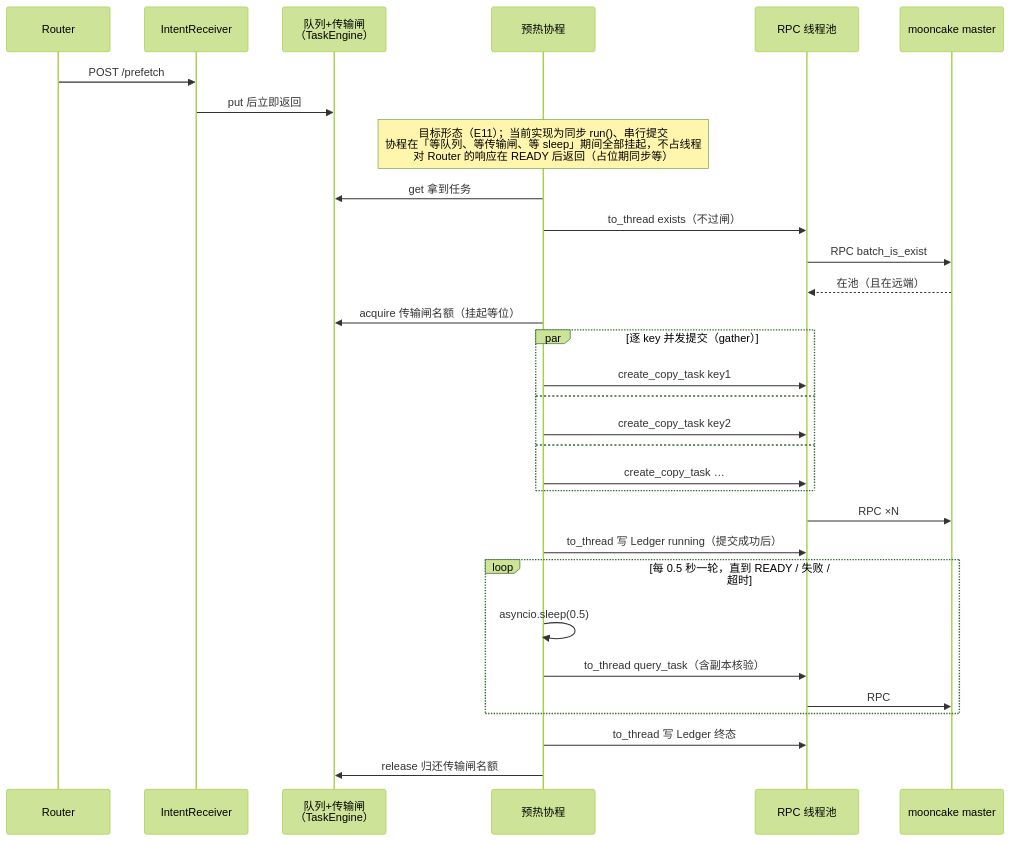
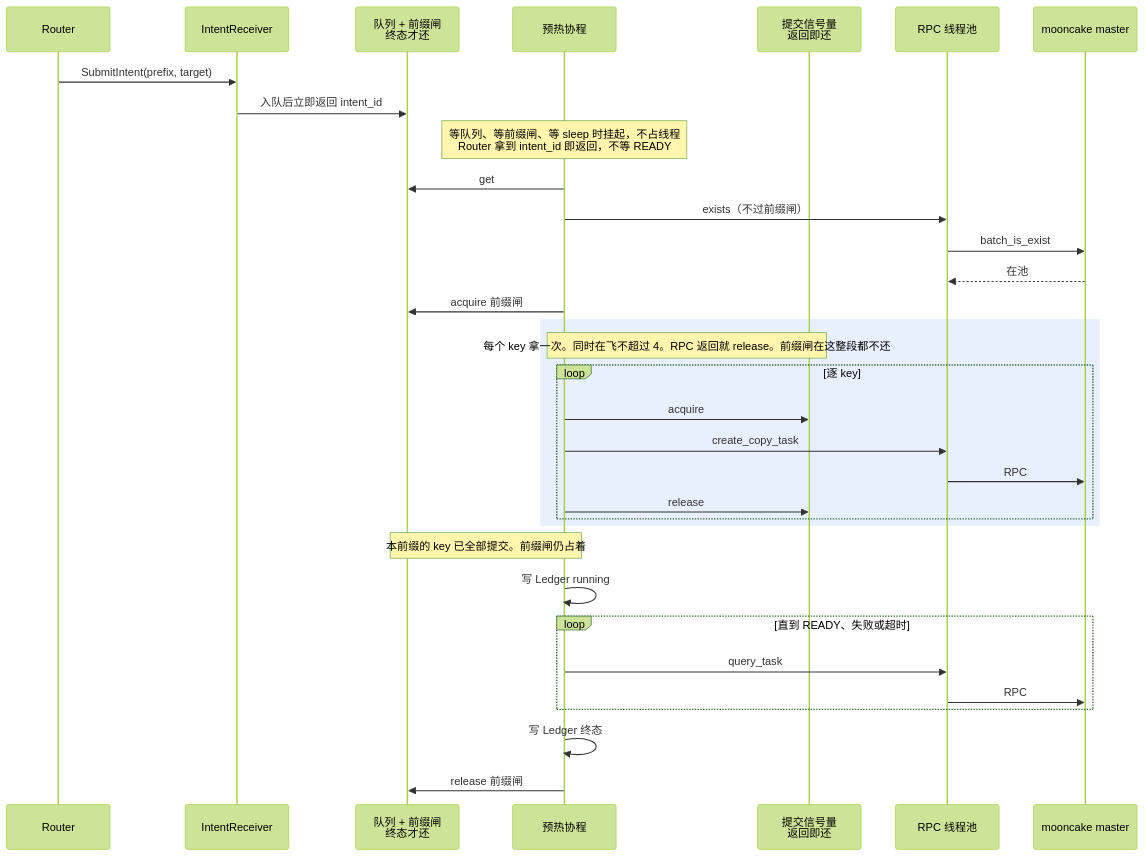
Before and after one commit to 5x8-40/lake: the seventh of 7 diagrams in kvcm/design/code-architecture.md, drawn with Mermaid (forest theme). The commit also changed other lines of this file and 29 other files, not shown here.

First line of the commit message:
feat(kvcm): E11 进程化 + E12 gRPC intent 通道——全协程执行模型 (#70)

````diff
--- a/kvcm/design/code-architecture.md
+++ b/kvcm/design/code-architecture.md
@@ -440,34 +441,36 @@
 ```mermaid
 sequenceDiagram
     participant R as Router
     participant Recv as IntentReceiver
-    participant Q as 队列+传输闸<br/>（TaskEngine）
+    participant Q as 队列 + 前缀闸<br/>终态才还
     participant W as 预热协程
+    participant S as 提交信号量<br/>返回即还
     participant Ex as RPC 线程池
     participant M as mooncake master
 
-    R->>Recv: POST /prefetch
-    Recv->>Q: put 后立即返回
-    Note over W: 目标形态（E11）；当前实现为同步 run()、串行提交<br/>协程在「等队列、等传输闸、等 sleep」期间全部挂起，不占线程<br/>对 Router 的响应在 READY 后返回（占位期同步等）
-    W->>Q: get 拿到任务
-    W->>Ex: to_thread exists（不过闸）
-    Ex->>M: RPC batch_is_exist
-    M-->>Ex: 在池（且在远端）
-    W->>Q: acquire 传输闸名额（挂起等位）
-    par 逐 key 并发提交（gather）
-        W->>Ex: create_copy_task key1
-    and
-        W->>Ex: create_copy_task key2
-    and
-        W->>Ex: create_copy_task …
+    R->>Recv: SubmitIntent(prefix, target)
+    Recv->>Q: 入队后立即返回 intent_id
+    Note over W: 等队列、等前缀闸、等 sleep 时挂起，不占线程<br/>Router 拿到 intent_id 即返回，不等 READY
+    W->>Q: get
+    W->>Ex: exists（不过前缀闸）
+    Ex->>M: batch_is_exist
+    M-->>Ex: 在池
+    W->>Q: acquire 前缀闸
+    rect rgb(232, 240, 254)
+        Note over W,S: 每个 key 拿一次。同时在飞不超过 4。RPC 返回就 release。前缀闸在这整段都不还
+        loop 逐 key
+            W->>S: acquire
+            W->>Ex: create_copy_task
+            Ex->>M: RPC
+            W->>S: release
+        end
     end
-    Ex->>M: RPC ×N
-    W->>Ex: to_thread 写 Ledger running（提交成功后）
-    loop 每 0.5 秒一轮，直到 READY / 失败 / 超时
-        W->>W: asyncio.sleep(0.5)
-        W->>Ex: to_thread query_task（含副本核验）
+    Note over W,Q: 本前缀的 key 已全部提交。前缀闸仍占着
+    W->>W: 写 Ledger running
+    loop 直到 READY、失败或超时
+        W->>Ex: query_task
         Ex->>M: RPC
     end
-    W->>Ex: to_thread 写 Ledger 终态
-    W->>Q: release 归还传输闸名额
+    W->>W: 写 Ledger 终态
+    W->>Q: release 前缀闸
 ```
````
